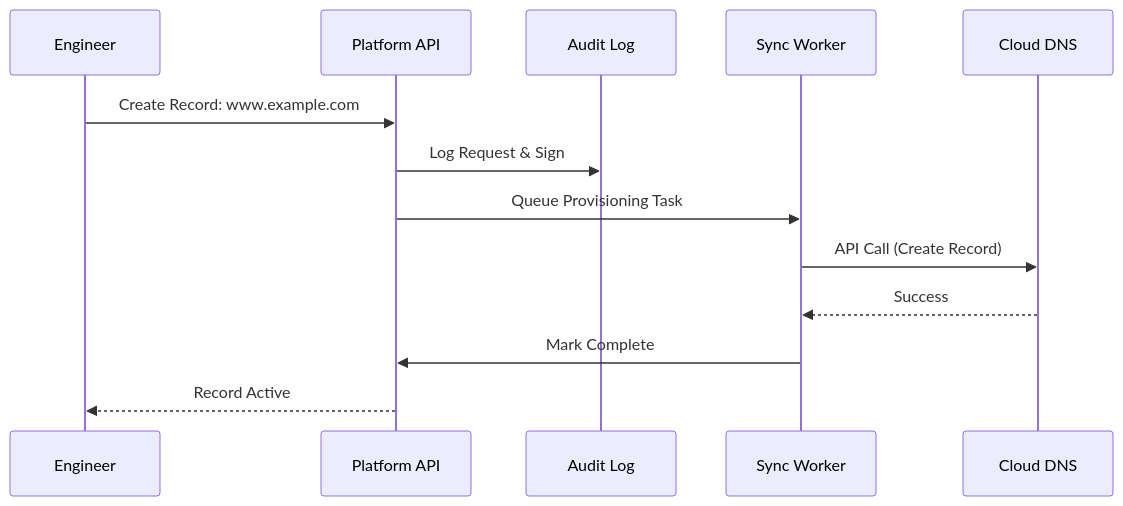
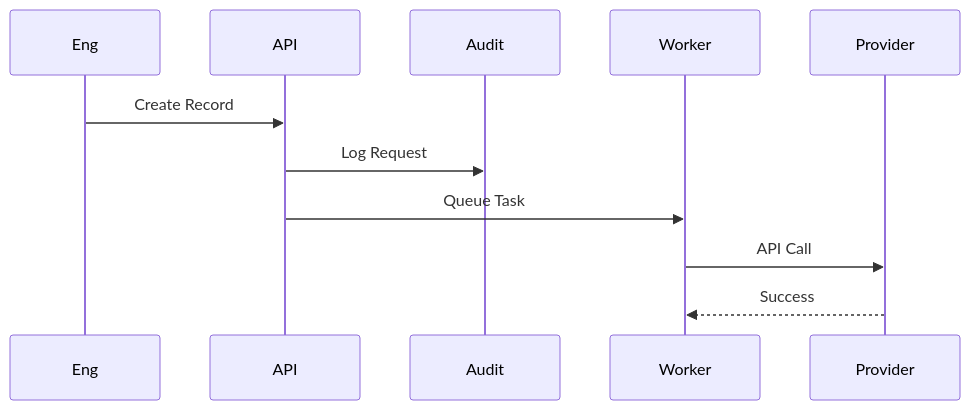
The third of 30 diagrams in README.md (Devopstrio/hybrid-dns-resolution), drawn with Mermaid before and after one commit. The commit also changed other lines of this file, not shown here.

Commit message:
docs: expand README with 30+ architectural diagrams

````diff
--- a/README.md
+++ b/README.md
@@ -114,16 +62,8 @@
 ```mermaid
 sequenceDiagram
-    participant Eng as Engineer
-    participant API as Platform API
-    participant Audit as Audit Log
-    participant Worker as Sync Worker
-    participant Provider as Cloud DNS
-
-    Eng->>API: Create Record: www.example.com
-    API->>Audit: Log Request & Sign
-    API->>Worker: Queue Provisioning Task
-    Worker->>Provider: API Call (Create Record)
+    Eng->>API: Create Record
+    API->>Audit: Log Request
+    API->>Worker: Queue Task
+    Worker->>Provider: API Call
     Provider-->>Worker: Success
-    Worker->>API: Mark Complete
-    API-->>Eng: Record Active
 ```
````
